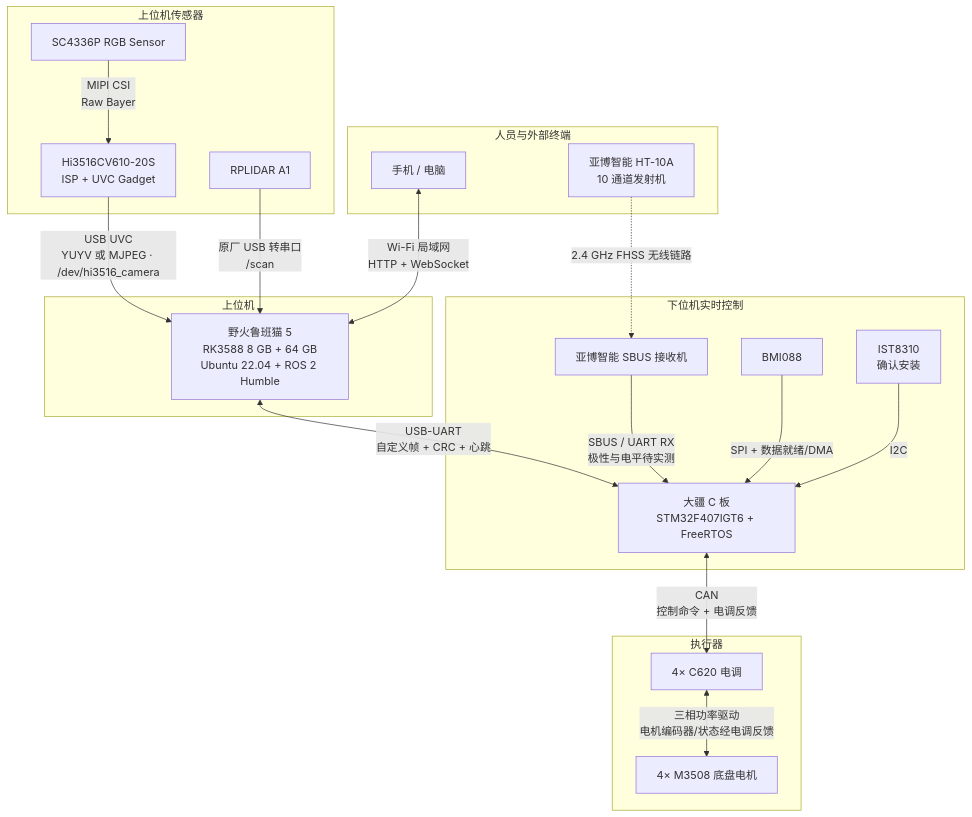
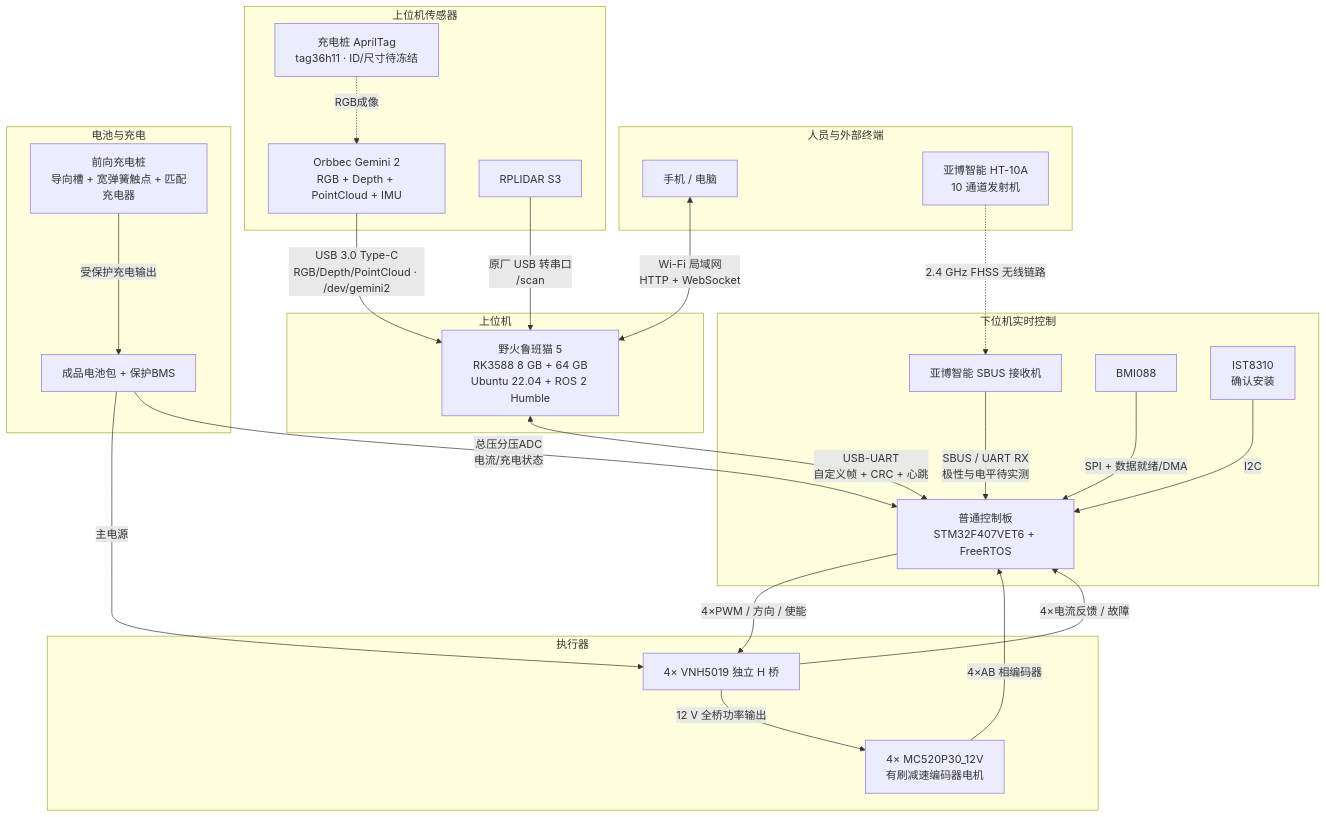
The second of 32 diagrams in 家庭服务机器人技术方案.md (JosephQ47/Home_robot), drawn with Mermaid before and after one commit. The commit also changed other lines of this file, not shown here.

First line of the commit message:
📝 docs(spec): 技术方案换代 —— Gemini 2 深度相机、自主回充、机械臂与语音

````diff
--- a/家庭服务机器人技术方案.md
+++ b/家庭服务机器人技术方案.md
@@ -154,43 +177,53 @@
 ```mermaid
 flowchart TB
   subgraph HUMAN["人员与外部终端"]
     PHONE["手机 / 电脑"]
     TX["亚博智能 HT-10A<br/>10 通道发射机"]
   end
 
   subgraph SENSORS["上位机传感器"]
-    SC["SC4336P RGB Sensor"]
-    HI["Hi3516CV610-20S<br/>ISP + UVC Gadget"]
-    LIDAR["RPLIDAR A1"]
+	    DEPTH["Orbbec Gemini 2<br/>RGB + Depth + PointCloud + IMU"]
+	    LIDAR["RPLIDAR S3"]
+    TAGPLATE["充电桩 AprilTag<br/>tag36h11 · ID/尺寸待冻结"]
   end
 
   subgraph HOST["上位机"]
     RK["野火鲁班猫 5<br/>RK3588 8 GB + 64 GB<br/>Ubuntu 22.04 + ROS 2 Humble"]
   end
 
   subgraph LOWER["下位机实时控制"]
-    STM["大疆 C 板<br/>STM32F407IGT6 + FreeRTOS"]
+    STM["普通控制板<br/>STM32F407VET6 + FreeRTOS"]
     RX["亚博智能 SBUS 接收机"]
     BMI["BMI088"]
     MAG["IST8310<br/>确认安装"]
   end
 
   subgraph ACT["执行器"]
-    C620["4× C620 电调"]
-    M3508["4× M3508 底盘电机"]
+    HBR["4× VNH5019 独立 H 桥"]
+    MC520["4× MC520P30_12V<br/>有刷减速编码器电机"]
+  end
+
+  subgraph POWER["电池与充电"]
+    BAT["成品电池包 + 保护BMS"]
+    DOCKHW["前向充电桩<br/>导向槽 + 宽弹簧触点 + 匹配充电器"]
   end
 
   PHONE <-->|"Wi-Fi 局域网<br/>HTTP + WebSocket"| RK
-  SC -->|"MIPI CSI<br/>Raw Bayer"| HI
-  HI -->|"USB UVC<br/>YUYV 或 MJPEG · /dev/hi3516_camera"| RK
+	  DEPTH -->|"USB 3.0 Type-C<br/>RGB/Depth/PointCloud · /dev/gemini2"| RK
+  TAGPLATE -.->|"RGB成像"| DEPTH
   LIDAR -->|"原厂 USB 转串口<br/>/scan"| RK
   RK <-->|"USB-UART<br/>自定义帧 + CRC + 心跳"| STM
 
   TX -.->|"2.4 GHz FHSS 无线链路"| RX
   RX -->|"SBUS / UART RX<br/>极性与电平待实测"| STM
   BMI -->|"SPI + 数据就绪/DMA"| STM
   MAG -->|"I2C"| STM
 
-  STM <-->|"CAN<br/>控制命令 + 电调反馈"| C620
-  C620 <-->|"三相功率驱动<br/>电机编码器/状态经电调反馈"| M3508
+  STM -->|"4×PWM / 方向 / 使能"| HBR
+  HBR -->|"12 V 全桥功率输出"| MC520
+  MC520 -->|"4×AB 相编码器"| STM
+  HBR -->|"4×电流反馈 / 故障"| STM
+  BAT -->|"主电源"| HBR
+  BAT -->|"总压分压ADC<br/>电流/充电状态"| STM
+  DOCKHW -->|"受保护充电输出"| BAT
 ```
````
